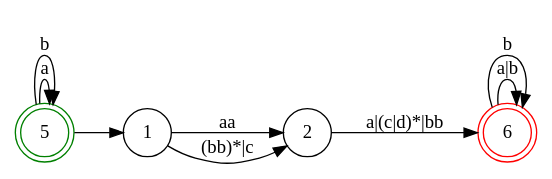
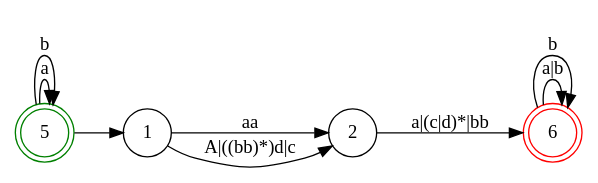
One commit to v012345/lua5.4.4 changed the diagram in scripts/lua/dot/NDF.dot. Above: the diagram before and after it, drawn with Graphviz. The commit also changed 1 other file, not shown here.

```diff
--- a/scripts/lua/dot/NDF.dot
+++ b/scripts/lua/dot/NDF.dot
@@ -1,16 +1,16 @@
 digraph NDF {
     rankdir = LR;
     size = "8,5";
     node [shape = doublecircle;];
     5 [color = green;];
     6 [color = red;];
     node [shape = circle;];
     5 -> 5 [label = "a";];
     5 -> 5 [label = "b";];
     5 -> 1 [label = "";];
     1 -> 2 [label = "aa";];
-    1 -> 2 [label = "(bb)*|c";];
+    1 -> 2 [label = "A|((bb)*)d|c";];
     2 -> 6 [label = "a|(c|d)*|bb";];
     6 -> 6 [label = "a|b";];
     6 -> 6 [label = "b";];
 }
```
